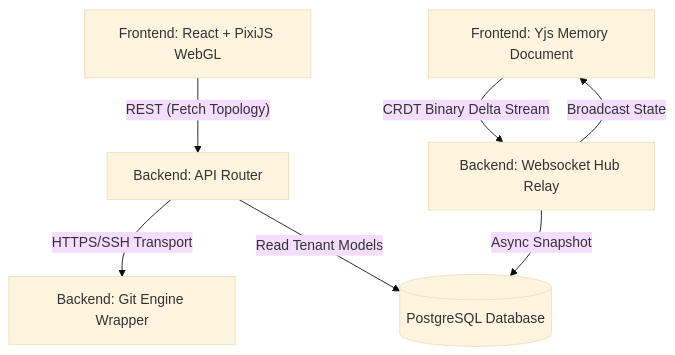
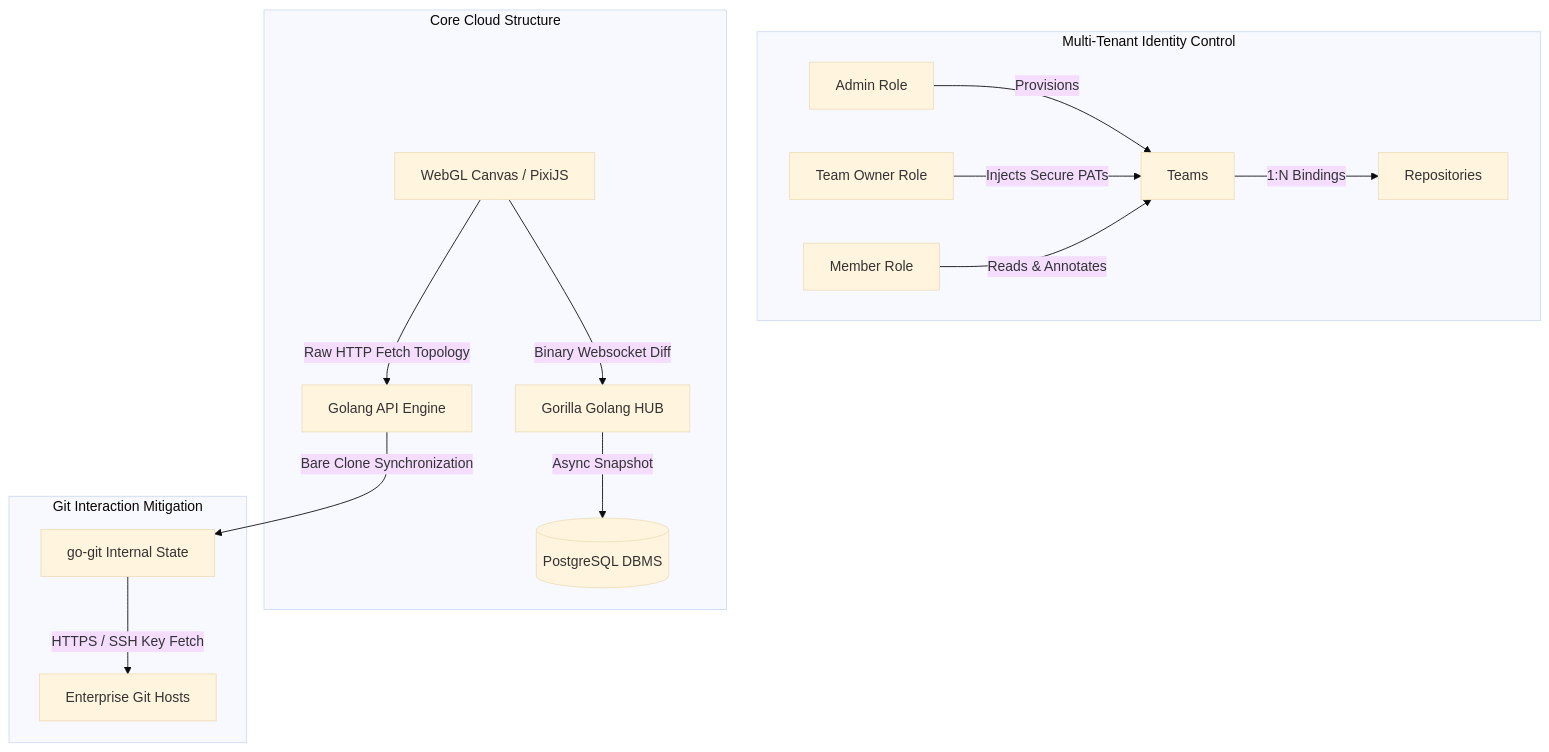
The diagram in docs/architecture.md (Ramin1886/Dabiran), drawn with Mermaid (base theme) before and after one commit. The commit also changed other lines of this file and 4 other files, not shown here.

Commit message:
docs: overhaul documentation with detailed feature specifications, local setup guides, and a new technical roadmap.

````diff
--- a/docs/architecture.md
+++ b/docs/architecture.md
@@ -11,19 +25,20 @@
 ```mermaid
 graph TD
-    UI[Frontend: React + PixiJS WebGL]
-    UI_CRDT[Frontend: Yjs Memory Document]
-    
-    API[Backend: API Router]
-    GIT[Backend: Git Engine Wrapper]
-    WS[Backend: Websocket Hub Relay]
-    DB[(PostgreSQL Database)]
+    subgraph Multi-Tenant Identity Control
+    RBAC_Admin[Admin Role] -->|Provisions| Teams
+    RBAC_Owner[Team Owner Role] -->|Injects Secure PATs| Teams
+    RBAC_Member[Member Role] -->|Reads & Annotates| Teams
+    Teams -->|1:N Bindings| Repositories
+    end
 
-    UI -- REST (Fetch Topology) --> API
-    API -- HTTPS/SSH Transport --> GIT
-    
-    UI_CRDT -- CRDT Binary Delta Stream --> WS
-    WS -- Broadcast State --> UI_CRDT
-    
-    WS -- Async Snapshot --> DB
-    API -- Read Tenant Models --> DB
+    subgraph Core Cloud Structure
+    React[WebGL Canvas / PixiJS] -->|Binary Websocket Diff| MUX
+    MUX[Gorilla Golang HUB] -->|Async Snapshot| PG[(PostgreSQL DBMS)]
+    React -->|Raw HTTP Fetch Topology| REST[Golang API Engine]
+    end
+
+    subgraph Git Interaction Mitigation
+    REST -->|Bare Clone Synchronization| GIT_Engine[go-git Internal State]
+    GIT_Engine -->|HTTPS / SSH Key Fetch| Enterprise_Git[Enterprise Git Hosts]
+    end
 ```
````
